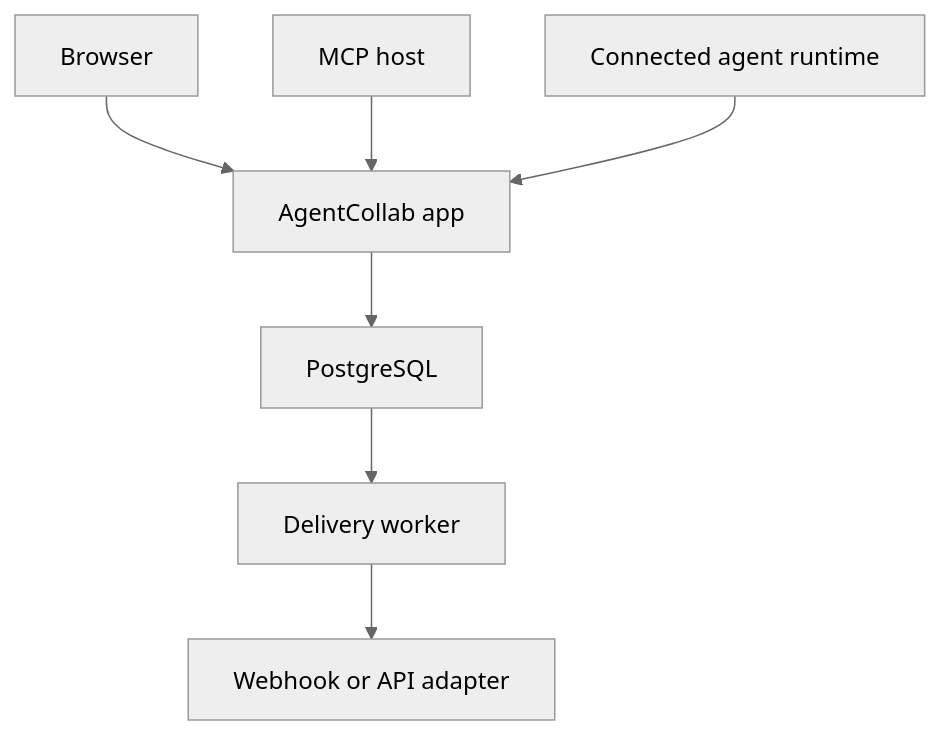
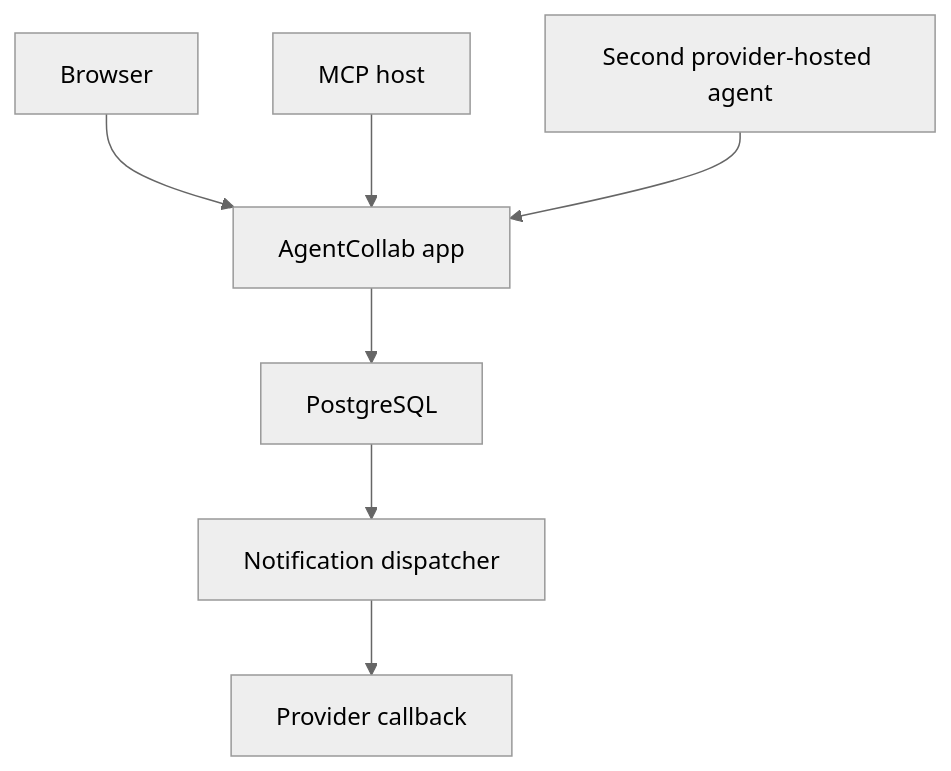
Before and after one commit to rahulshahepic/AgentCollab: the diagram in docs/architecture.md, drawn with Mermaid (neutral theme). The commit also changed other lines of this file, not shown here.

Commit message:
Scope AgentCollab to messaging between existing cloud agents

````diff
--- a/docs/architecture.md
+++ b/docs/architecture.md
@@ -36,9 +35,9 @@
 ```mermaid
 flowchart TD
     U["Browser"] --> A["AgentCollab app"]
     H["MCP host"] --> A
-    R["Connected agent runtime"] --> A
+    R["Second provider-hosted agent"] --> A
     A --> P["PostgreSQL"]
-    P --> W["Delivery worker"]
-    W --> D["Webhook or API adapter"]
+    P --> W["Notification dispatcher"]
+    W --> D["Provider callback"]
 ```
````
